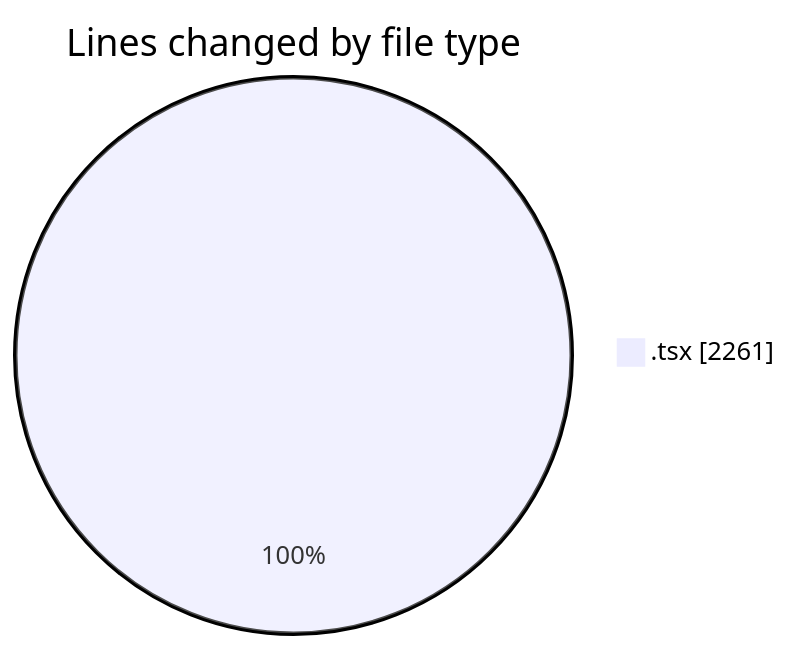
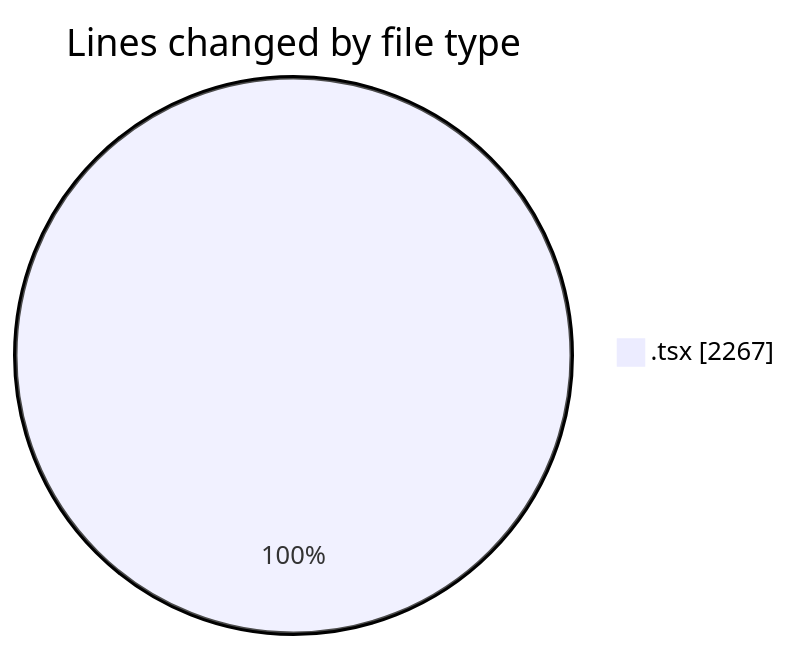
One commit to nxtqubesakshisongat/code-tracking changed the first of 2 diagrams in 2026-02-09/nxtqube_webapp/README.md. Above: the diagram before and after it, drawn with Mermaid. The commit also changed other lines of this file and 1 other file, not shown here.

````diff
--- a/2026-02-09/nxtqube_webapp/README.md
+++ b/2026-02-09/nxtqube_webapp/README.md
@@ -22,5 +22,5 @@
 ```mermaid
 pie showData
 title Lines changed by file type
-".tsx" : 2261
+".tsx" : 2267
 ```
````
